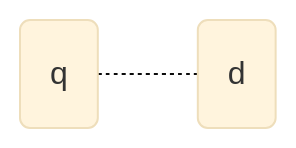
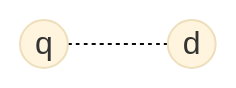
The third of 6 diagrams in Files/Slides/14-quality-models.md (UFMG-Organizacao-de-Disciplinas/DCC831-TECC_Recuperacao_de_Informacao), drawn with Mermaid (base theme) before and after one commit. The commit also changed other lines of this file, not shown here.

Commit message:
Condensing mermaid graphs

````diff
--- a/Files/Slides/14-quality-models.md
+++ b/Files/Slides/14-quality-models.md
@@ -40,8 +32,4 @@
 ```mermaid
 graph LR
-
-  q(q)
-  d(d)
-
-  q .- d
+  q((q)) .- d((d))
 ```
````
